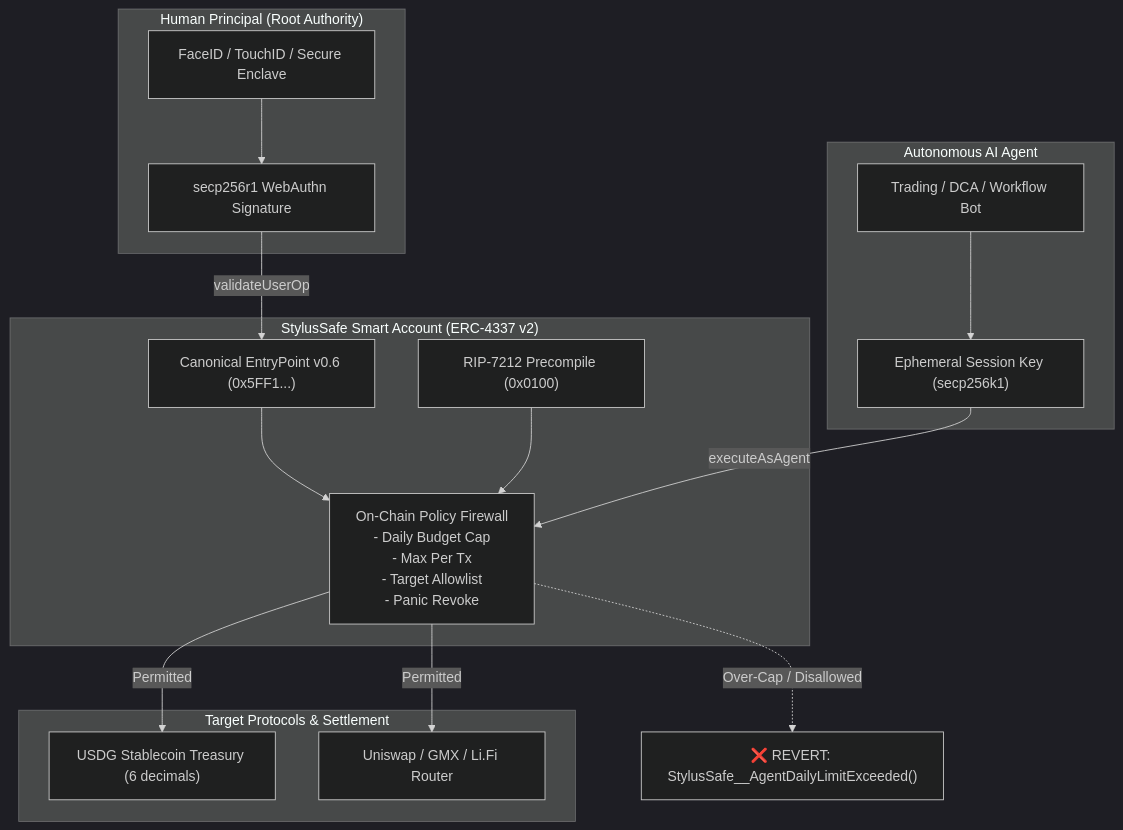
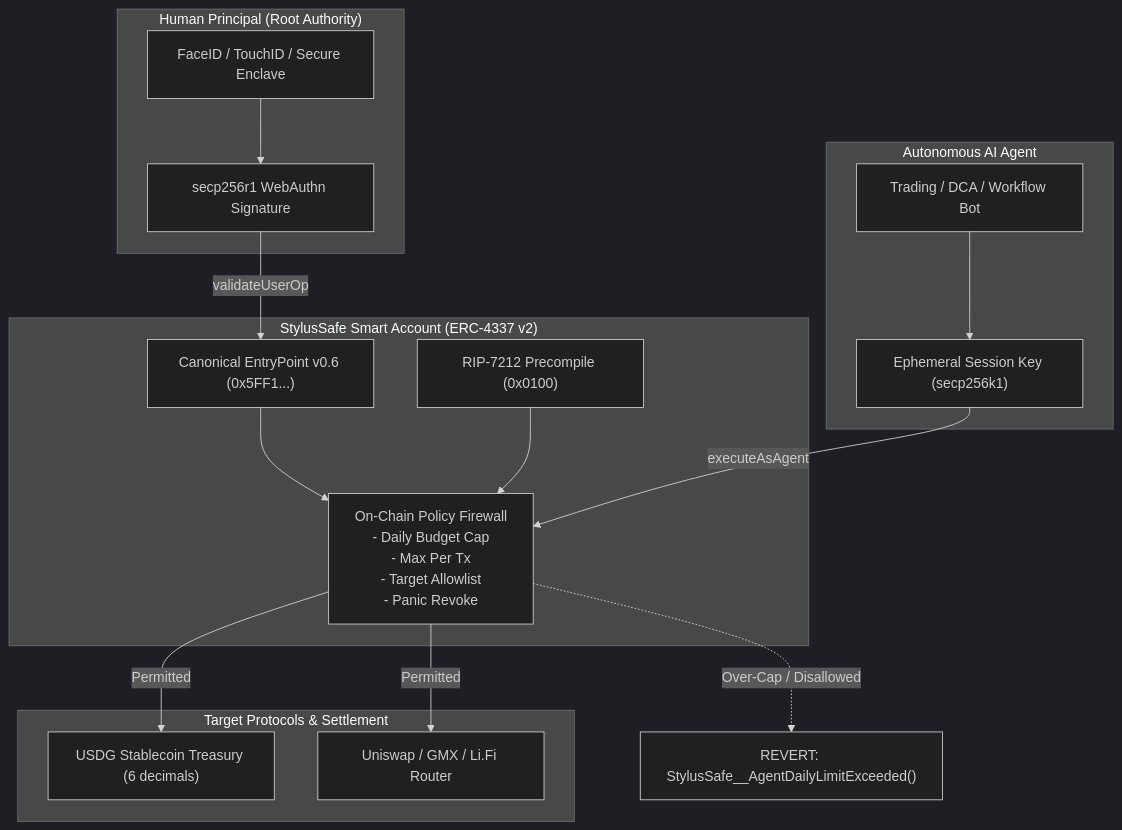
Before and after one commit to githoboman/StylusSafe: the diagram in README.md, drawn with Mermaid (dark theme). The commit also changed other lines of this file and 7 other files, not shown here.

````diff
--- a/README.md
+++ b/README.md
@@ -51,34 +54,34 @@
 ```mermaid
 flowchart TD
     subgraph Human["Human Principal (Root Authority)"]
         FaceID["FaceID / TouchID / Secure Enclave"]
         Passkey["secp256r1 WebAuthn Signature"]
         FaceID --> Passkey
     end
 
     subgraph Agent["Autonomous AI Agent"]
         Bot["Trading / DCA / Workflow Bot"]
         SessionKey["Ephemeral Session Key (secp256k1)"]
         Bot --> SessionKey
     end
 
     subgraph SmartAccount["StylusSafe Smart Account (ERC-4337 v2)"]
         EntryPoint["Canonical EntryPoint v0.6 (0x5FF1...)"]
         Precompile["RIP-7212 Precompile (0x0100)"]
         PolicyEngine["On-Chain Policy Firewall\n- Daily Budget Cap\n- Max Per Tx\n- Target Allowlist\n- Panic Revoke"]
-        
+
         EntryPoint --> PolicyEngine
         Precompile --> PolicyEngine
     end
 
     subgraph Treasury["Target Protocols & Settlement"]
         USDG["USDG Stablecoin Treasury (6 decimals)"]
         DeFi["Uniswap / GMX / Li.Fi Router"]
     end
 
     Passkey -->|validateUserOp| EntryPoint
     SessionKey -->|executeAsAgent| PolicyEngine
     PolicyEngine -->|Permitted| USDG
     PolicyEngine -->|Permitted| DeFi
-    PolicyEngine -.->|Over-Cap / Disallowed| Revert["❌ REVERT: StylusSafe__AgentDailyLimitExceeded()"]
+    PolicyEngine -.->|Over-Cap / Disallowed| Revert["REVERT: StylusSafe__AgentDailyLimitExceeded()"]
 ```
````
